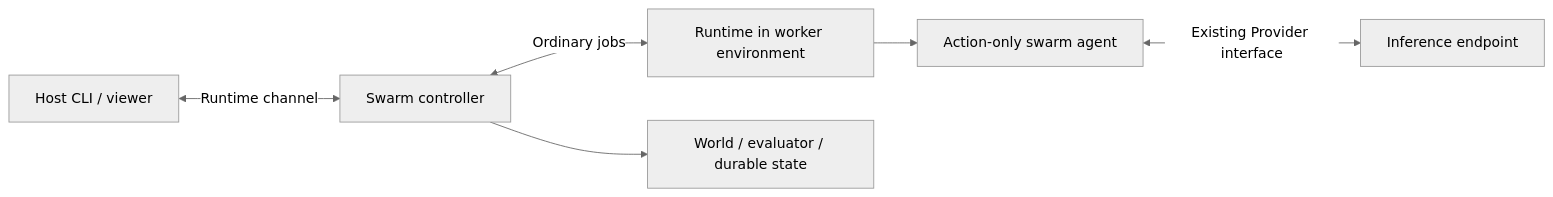
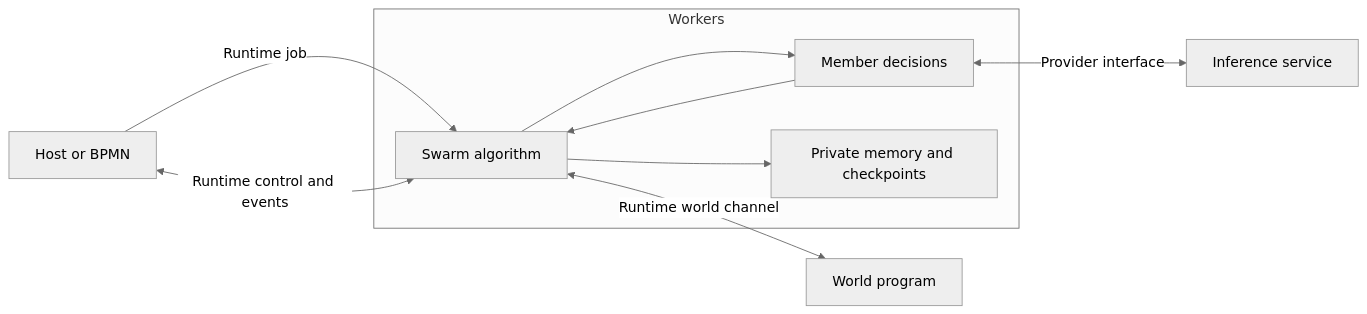
Before and after one commit to glguida/asys: the diagram in asys-swarm/README.md, drawn with Mermaid (neutral theme). The commit also changed other lines of this file and 44 other files, not shown here.

Commit message:
Move swarm execution into workers and separate the world protocol

````diff
--- a/asys-swarm/README.md
+++ b/asys-swarm/README.md
@@ -142,8 +8,12 @@
 ```mermaid
 flowchart LR
-  H[Host CLI / viewer] <-->|Runtime channel| S[Swarm controller]
-  S <-->|Ordinary jobs| R[Runtime in worker environment]
-  R --> A[Action-only swarm agent]
-  A <-->|Existing Provider interface| P[Inference endpoint]
-  S --> W[World / evaluator / durable state]
+    H[Host or BPMN] -->|Runtime job| S
+    subgraph Workers
+        S[Swarm algorithm] --> A[Member decisions]
+        A --> S
+        S --> M[Private memory and checkpoints]
+    end
+    A <-->|Provider interface| I[Inference service]
+    S <-->|Runtime world channel| W[World program]
+    H <-->|Runtime control and events| S
 ```
````
